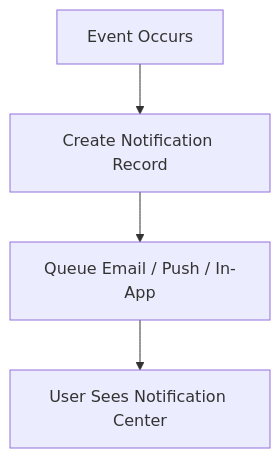
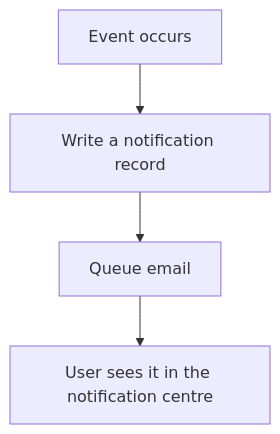
One commit to arbpra/freightmove-redesign changed the sixth of 7 diagrams in docs/07-workflows-and-diagrams.md. Above: the diagram before and after it, drawn with Mermaid. The commit also changed other lines of this file and 13 other files, not shown here.

````diff
--- a/docs/07-workflows-and-diagrams.md
+++ b/docs/07-workflows-and-diagrams.md
@@ -53,6 +103,6 @@
 ```mermaid
 flowchart TD
-    A[Event Occurs] --> B[Create Notification Record]
-    B --> C[Queue Email / Push / In-App]
-    C --> D[User Sees Notification Center]
+    A[Event occurs] --> B[Write a notification record]
+    B --> C[Queue email]
+    C --> D[User sees it in the notification centre]
 ```
````
